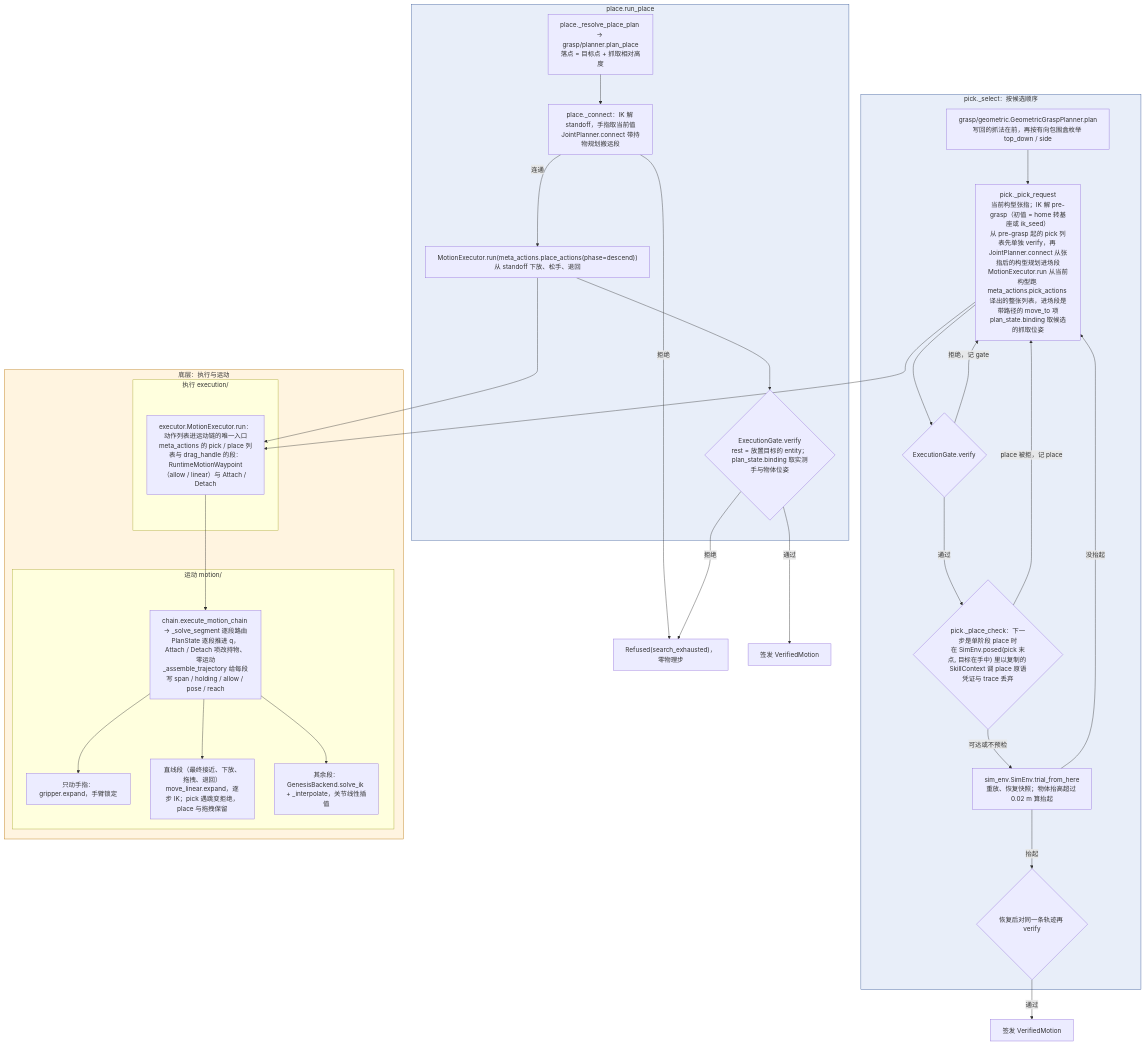
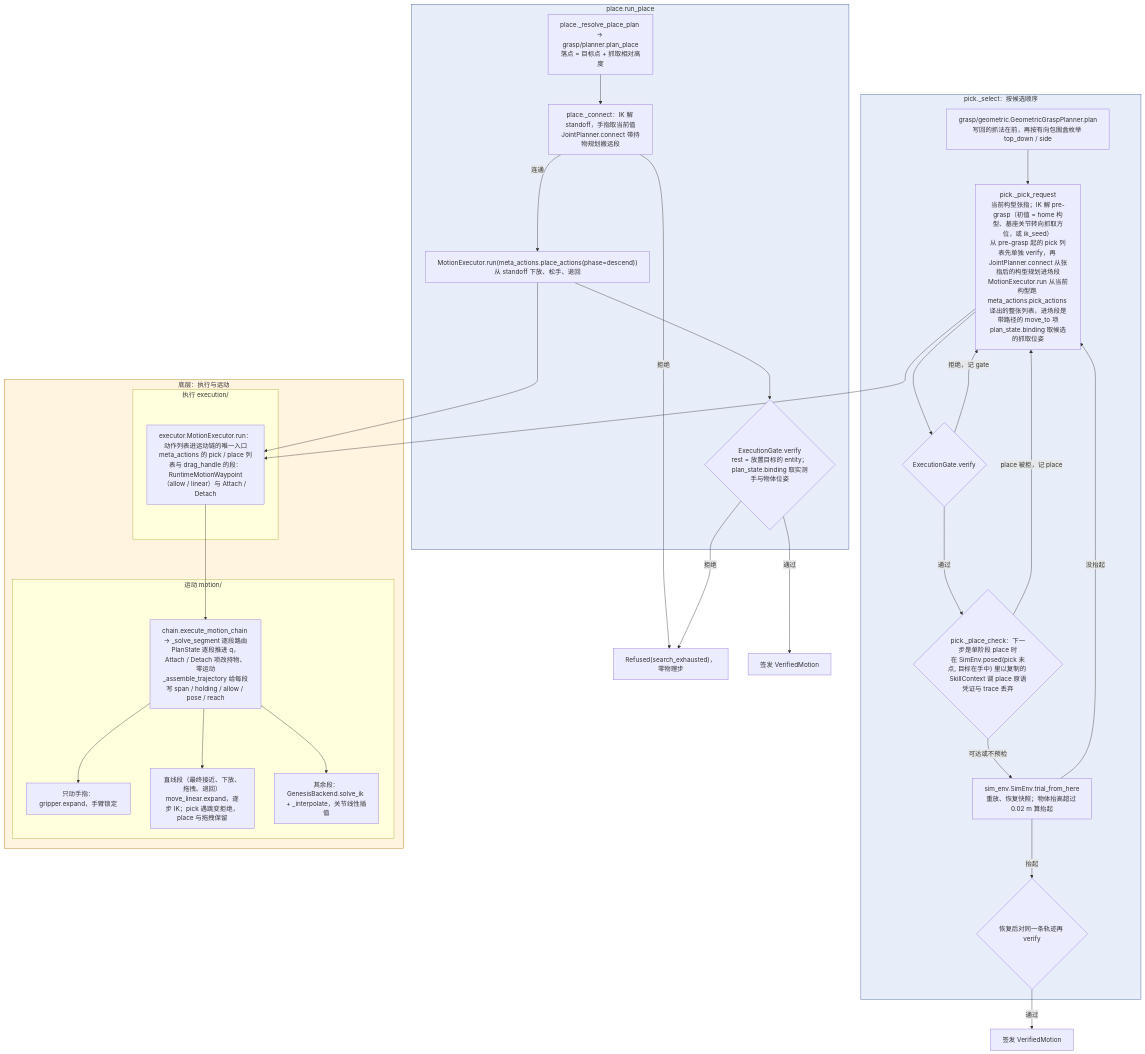
Before and after one commit to ZJLi2013/RoboSmith: the second of 2 diagrams in docs/call-chain.md, drawn with Mermaid. The commit also changed other lines of this file and 3 other files, not shown here.

Commit message:
docs: manipulation describes the current six-action design and flow, with one results table

````diff
--- a/docs/call-chain.md
+++ b/docs/call-chain.md
@@ -75,49 +75,49 @@
 ```mermaid
 flowchart TD
     subgraph PK["pick._select：按候选顺序"]
         GEO["grasp/geometric.GeometricGraspPlanner.plan<br/>写回的抓法在前，再按有向包围盒枚举 top_down / side"]
-        PM["pick._pick_request<br/>当前构型张指；IK 解 pre-grasp（初值 = home 转基座或 ik_seed）<br/>从 pre-grasp 起的 pick 列表先单独 verify，再 JointPlanner.connect 从张指后的构型规划进场段<br/>MotionExecutor.run 从当前构型跑 meta_actions.pick_actions 译出的整张列表，进场段是带路径的 move_to 项<br/>plan_state.binding 取候选的抓取位姿"]
+        PM["pick._pick_request<br/>当前构型张指；IK 解 pre-grasp（初值 = home 构型、基座关节转向抓取方位，或 ik_seed）<br/>从 pre-grasp 起的 pick 列表先单独 verify，再 JointPlanner.connect 从张指后的构型规划进场段<br/>MotionExecutor.run 从当前构型跑 meta_actions.pick_actions 译出的整张列表，进场段是带路径的 move_to 项<br/>plan_state.binding 取候选的抓取位姿"]
         V1{"ExecutionGate.verify"}
         PRE{"pick._place_check：下一步是单阶段 place 时<br/>在 SimEnv.posed(pick 末点, 目标在手中) 里以复制的 SkillContext 调 place 原语<br/>凭证与 trace 丢弃"}
         TR["sim_env.SimEnv.trial_from_here<br/>重放、恢复快照；物体抬高超过 0.02 m 算抬起"]
         V2{"恢复后对同一条轨迹再 verify"}
     end
 
     subgraph PL["place.run_place"]
         PP["place._resolve_place_plan → grasp/planner.plan_place<br/>落点 = 目标点 + 抓取相对高度"]
         PC["place._connect：IK 解 standoff，手指取当前值<br/>JointPlanner.connect 带持物规划搬运段"]
         PX["MotionExecutor.run(meta_actions.place_actions(phase=descend))<br/>从 standoff 下放、松手、退回"]
         V3{"ExecutionGate.verify<br/>rest = 放置目标的 entity；plan_state.binding 取实测手与物体位姿"}
     end
 
     subgraph LOW["底层：执行与运动"]
         subgraph EX["执行 execution/"]
             EXE["executor.MotionExecutor.run：动作列表进运动链的唯一入口<br/>meta_actions 的 pick / place 列表与 drag_handle 的段：RuntimeMotionWaypoint（allow / linear）与 Attach / Detach"]
         end
         subgraph MO["运动 motion/"]
             CH["chain.execute_motion_chain → _solve_segment 逐段路由<br/>PlanState 逐段推进 q，Attach / Detach 项改持物、零运动<br/>_assemble_trajectory 给每段写 span / holding / allow / pose / reach"]
             F["只动手指：gripper.expand，手臂锁定"]
             C["直线段（最终接近、下放、拖拽、退回）<br/>move_linear.expand，逐步 IK；pick 遇跳变拒绝，place 与拖拽保留"]
             G["其余段：GenesisBackend.solve_ik + _interpolate，关节线性插值"]
         end
     end
 
     GEO --> PM --> V1
     V1 -- 拒绝，记 gate --> PM
     V1 -- 通过 --> PRE
     PRE -- place 被拒，记 place --> PM
     PRE -- 可达或不预检 --> TR
     TR -- 没抬起 --> PM
     TR -- 抬起 --> V2
     V2 -- 通过 --> OKP["签发 VerifiedMotion"]
     PP --> PC
     PC -- 拒绝 --> RF["Refused(search_exhausted)，零物理步"]
     PC -- 连通 --> PX --> V3
     V3 -- 拒绝 --> RF
     V3 -- 通过 --> OKL["签发 VerifiedMotion"]
     PM & PX --> EXE --> CH --> F & C & G
 
     style PK fill:#e8eef9,stroke:#3b5b9a
     style PL fill:#e8eef9,stroke:#3b5b9a
     style LOW fill:#fff4e0,stroke:#b9770e
 ```
````
